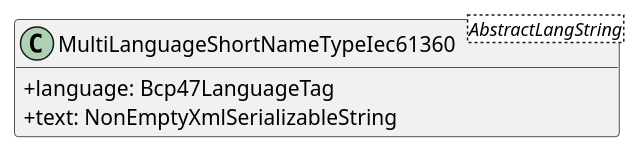
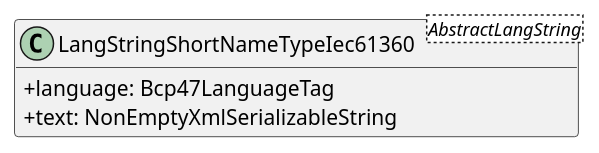
Before and after one commit to zrgt/py2puml: the diagram in output/classes/LangStringShortNameTypeIec61360.puml, drawn with PlantUML. The commit also changed 13 other files, not shown here.

```diff
--- a/output/classes/LangStringShortNameTypeIec61360.puml
+++ b/output/classes/LangStringShortNameTypeIec61360.puml
@@ -1,9 +1,9 @@
 @startuml
 skinparam classAttributeIconSize 0
 hide methods
 
-class MultiLanguageShortNameTypeIec61360<AbstractLangString> {
-  +language: Bcp47LanguageTag 
+class LangStringShortNameTypeIec61360<AbstractLangString> {
+  +language: Bcp47LanguageTag
   +text: NonEmptyXmlSerializableString 
 }
 @enduml
```
